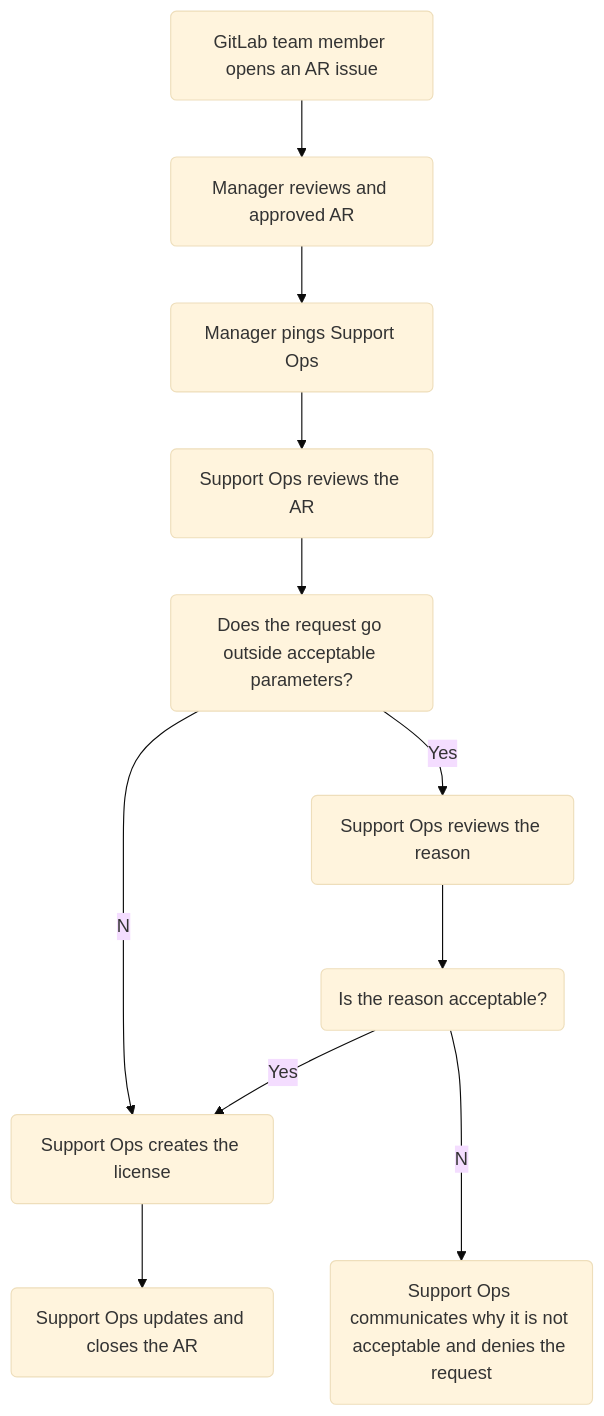
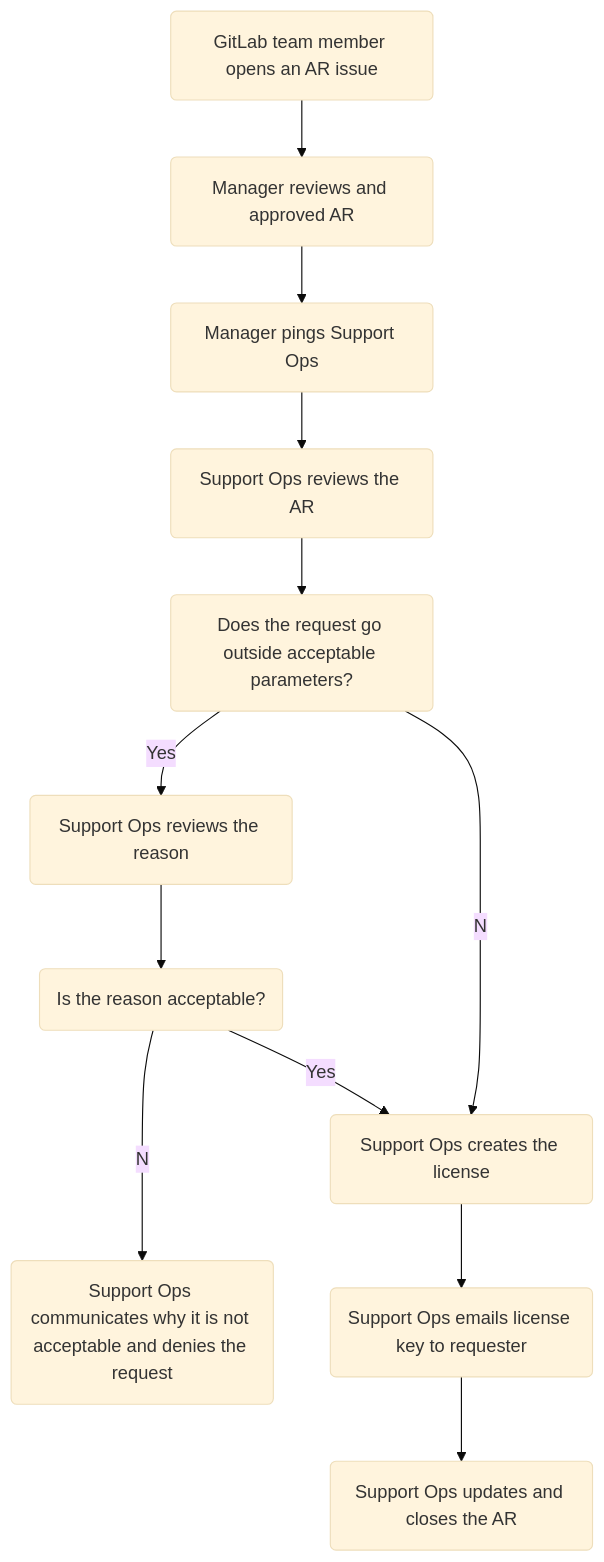
Before and after one commit to secretstartups/handbook: the diagram in support/support-ops/workflows/generating_gitlab_licenses.html.md, drawn with Mermaid (base theme). The commit also changed other lines of this file, not shown here.

Commit message:
Updating license generation workflow to match new method

````diff
--- a/support/support-ops/workflows/generating_gitlab_licenses.html.md
+++ b/support/support-ops/workflows/generating_gitlab_licenses.html.md
@@ -35,23 +36,25 @@
 ```mermaid
 graph TD;
   A-->B;
   B-->C;
   C-->D;
   D-->E;
   E--Yes-->F;
   F-->G;
   E--No-->I;
   G--Yes-->I;
   G--No-->H;
   I-->J;
+  J-->K;
   A(GitLab team member opens an AR issue)
   B(Manager reviews and approved AR)
   C(Manager pings Support Ops)
   D(Support Ops reviews the AR)
   E(Does the request go outside acceptable parameters?)
   F(Support Ops reviews the reason)
   G(Is the reason acceptable?)
   H(Support Ops communicates why it is not acceptable and denies the request)
   I(Support Ops creates the license)
-  J(Support Ops updates and closes the AR)
+  J(Support Ops emails license key to requester)
+  K(Support Ops updates and closes the AR)
 ```
````
